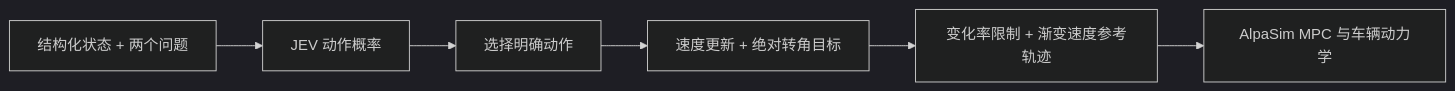
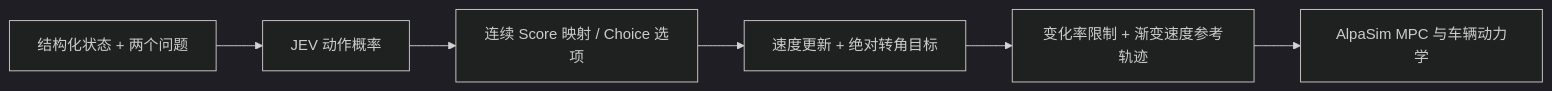
One commit to CATS-Lab/JEV-Drive changed the diagram in docs/jev-control.zh-CN.md. Above: the diagram before and after it, drawn with Mermaid (dark theme). The commit also changed other lines of this file and 9 other files, not shown here.

````diff
--- a/docs/jev-control.zh-CN.md
+++ b/docs/jev-control.zh-CN.md
@@ -7,8 +7,8 @@
 ```mermaid
 flowchart LR
     A[结构化状态 + 两个问题] --> B[JEV 动作概率]
-    B --> C[选择明确动作]
+    B --> C[连续 Score 映射 / Choice 选项]
     C --> D[速度更新 + 绝对转角目标]
     D --> E[变化率限制 + 渐变速度参考轨迹]
     E --> F[AlpaSim MPC 与车辆动力学]
 ```
````
